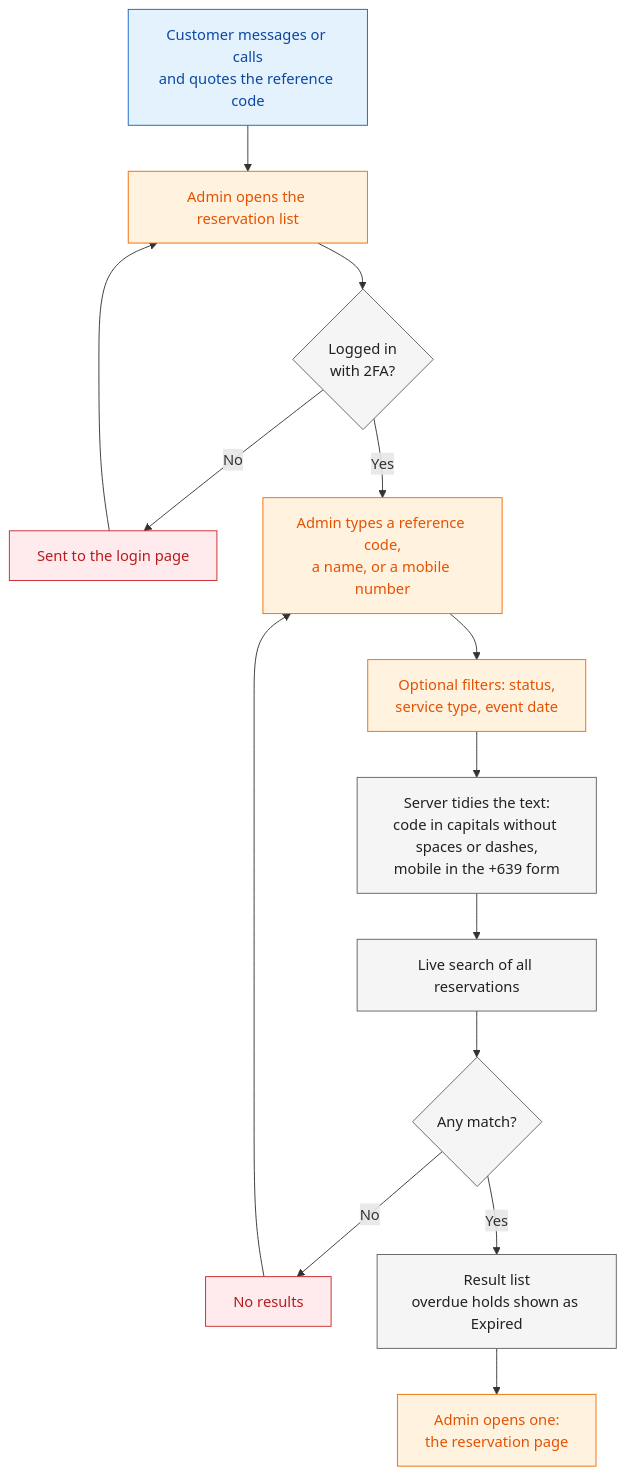
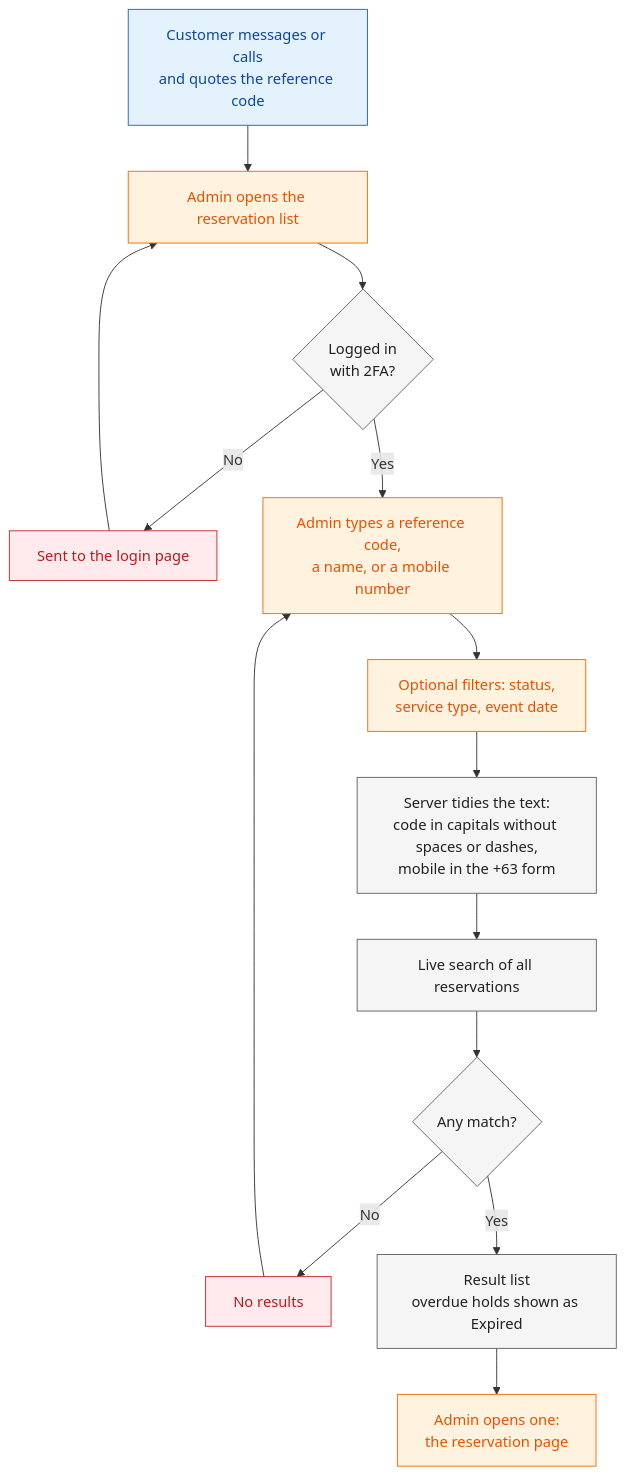
The sixth of 27 diagrams in docs/03-workflows/lookup-and-review.md (DevNarvs/kasoundbox-2026), drawn with Mermaid before and after one commit. The commit also changed 26 other files, not shown here.

````diff
--- a/docs/03-workflows/lookup-and-review.md
+++ b/docs/03-workflows/lookup-and-review.md
@@ -392,25 +392,25 @@
 ```mermaid
 flowchart TD
     C1["Customer messages or calls<br/>and quotes the reference code"] --> C2["Admin opens the reservation list"]
     C2 --> D1{"Logged in<br/>with 2FA?"}
     D1 -->|"No"| X1["Sent to the login page"]
     X1 --> C2
     D1 -->|"Yes"| C3["Admin types a reference code,<br/>a name, or a mobile number"]
     C3 --> C4["Optional filters: status,<br/>service type, event date"]
-    C4 --> S1["Server tidies the text:<br/>code in capitals without spaces or dashes,<br/>mobile in the +639 form"]
+    C4 --> S1["Server tidies the text:<br/>code in capitals without spaces or dashes,<br/>mobile in the +63 form"]
     S1 --> S2["Live search of all reservations"]
     S2 --> D2{"Any match?"}
     D2 -->|"No"| X2["No results"]
     X2 --> C3
     D2 -->|"Yes"| S3["Result list<br/>overdue holds shown as Expired"]
     S3 --> R1["Admin opens one:<br/>the reservation page"]
     classDef customer fill:#e3f2fd,stroke:#1565c0,color:#0d47a1
     classDef system fill:#f5f5f5,stroke:#616161,color:#212121
     classDef admin fill:#fff3e0,stroke:#ef6c00,color:#e65100
     classDef status fill:#e8f5e9,stroke:#2e7d32,color:#1b5e20
     classDef failure fill:#ffebee,stroke:#c62828,color:#b71c1c
     class C1 customer
     class C2,C3,C4,R1 admin
     class D1,S1,S2,D2,S3 system
     class X1,X2 failure
 ```
````
